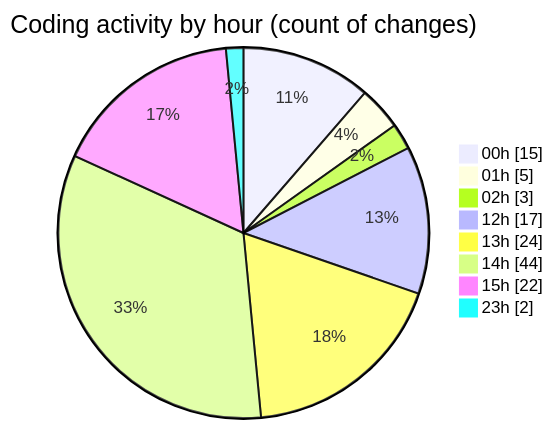
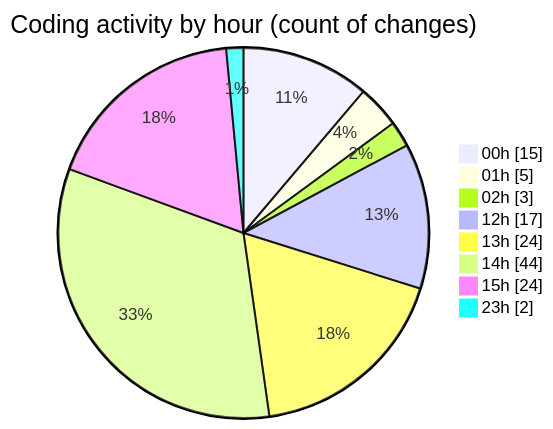
Before and after one commit to lephambinh05/code-tracking: the second of 2 diagrams in 2025-08-13/rentotp/README.md, drawn with Mermaid. The commit also changed other lines of this file and 1 other file, not shown here.

````diff
--- a/2025-08-13/rentotp/README.md
+++ b/2025-08-13/rentotp/README.md
@@ -50,12 +52,12 @@
 ```mermaid
 pie showData
 title Coding activity by hour (count of changes)
 "00h" : 15
 "01h" : 5
 "02h" : 3
 "12h" : 17
 "13h" : 24
 "14h" : 44
-"15h" : 22
+"15h" : 24
 "23h" : 2
 ```
````
